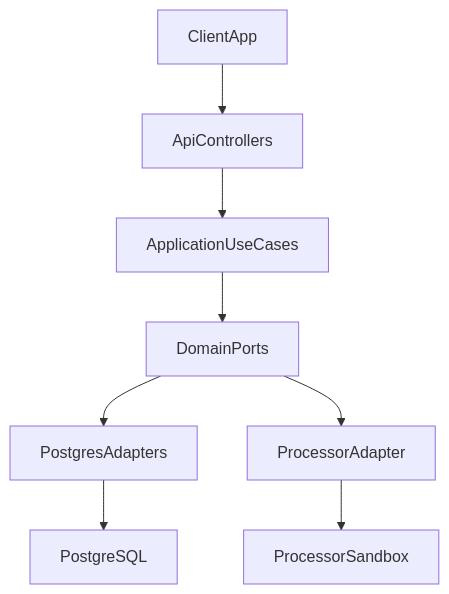
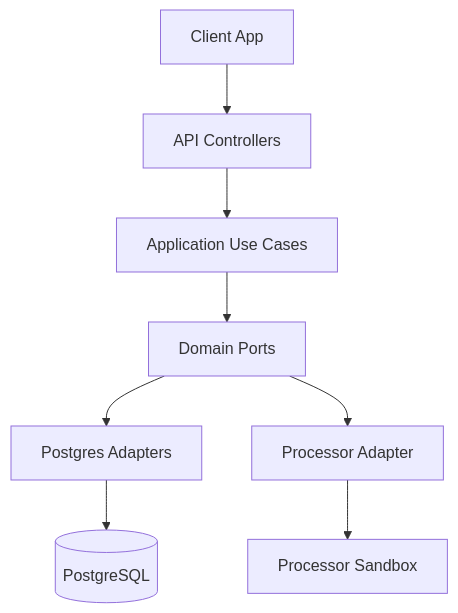
The first of 4 diagrams in README.md (davidc-garciae/Fullstack-TT-Processor-Backend), drawn with Mermaid before and after one commit. The commit also changed other lines of this file and 2 other files, not shown here.

Commit message:
Update Readme + SQL seed + product controller upgrade for no content

````diff
--- a/README.md
+++ b/README.md
@@ -23,10 +23,10 @@
 ```mermaid
 flowchart TD
-ClientApp[ClientApp] --> ApiControllers[ApiControllers]
-ApiControllers --> ApplicationUseCases[ApplicationUseCases]
-ApplicationUseCases --> DomainPorts[DomainPorts]
-DomainPorts --> PostgresAdapters[PostgresAdapters]
-DomainPorts --> ProcessorAdapter[ProcessorAdapter]
-PostgresAdapters --> PostgreSQL[PostgreSQL]
-ProcessorAdapter --> ProcessorSandbox[ProcessorSandbox]
+  ClientApp[Client App] --> ApiControllers[API Controllers]
+  ApiControllers --> ApplicationUseCases[Application Use Cases]
+  ApplicationUseCases --> DomainPorts[Domain Ports]
+  DomainPorts --> PostgresAdapters[Postgres Adapters]
+  DomainPorts --> ProcessorAdapter[Processor Adapter]
+  PostgresAdapters --> PostgreSQL[(PostgreSQL)]
+  ProcessorAdapter --> ProcessorSandbox[Processor Sandbox]
 ```
````
